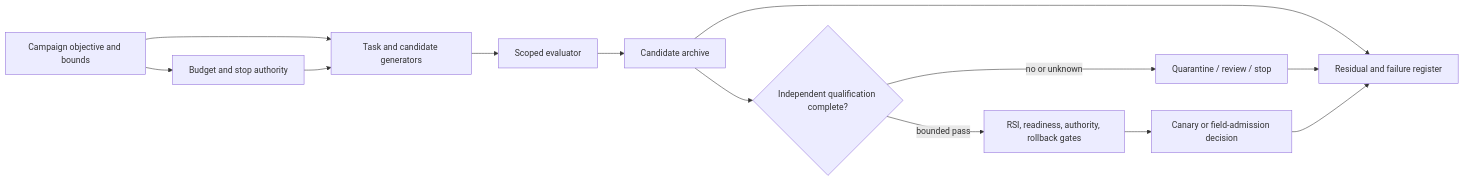
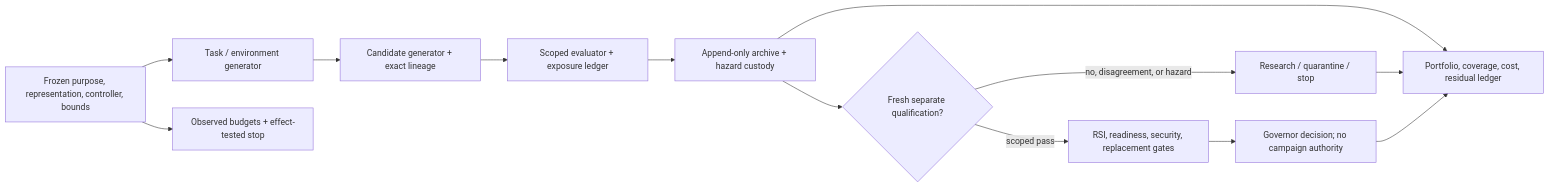
The diagram in chapters/open-ended-improvement-engines.qmd (corbensorenson/asi-stack-book), drawn with Mermaid before and after one commit. The commit also changed other lines of this file and 723 other files, not shown here.

````diff
--- a/chapters/open-ended-improvement-engines.qmd
+++ b/chapters/open-ended-improvement-engines.qmd
@@ -187,15 +215,15 @@
 ```{mermaid}
 flowchart LR
-  O["Campaign objective and bounds"] --> G["Task and candidate generators"]
-  O --> S["Budget and stop authority"]
-  S --> G
-  G --> E["Scoped evaluator"]
-  E --> A["Candidate archive"]
-  A --> R["Residual and failure register"]
-  A --> Q{"Independent qualification complete?"}
-  Q -->|"no or unknown"| B["Quarantine / review / stop"]
-  Q -->|"bounded pass"| H["RSI, readiness, authority, rollback gates"]
-  H --> L["Canary or field-admission decision"]
-  B --> R
-  L --> R
+  O["Frozen purpose, representation, controller, bounds"] --> T["Task / environment generator"]
+  O --> S["Observed budgets + effect-tested stop"]
+  T --> G["Candidate generator + exact lineage"]
+  G --> E["Scoped evaluator + exposure ledger"]
+  E --> A["Append-only archive + hazard custody"]
+  A --> P["Portfolio, coverage, cost, residual ledger"]
+  A --> Q{"Fresh separate qualification?"}
+  Q -->|"no, disagreement, or hazard"| B["Research / quarantine / stop"]
+  Q -->|"scoped pass"| H["RSI, readiness, security, replacement gates"]
+  H --> L["Governor decision; no campaign authority"]
+  B --> P
+  L --> P
 ```
````
